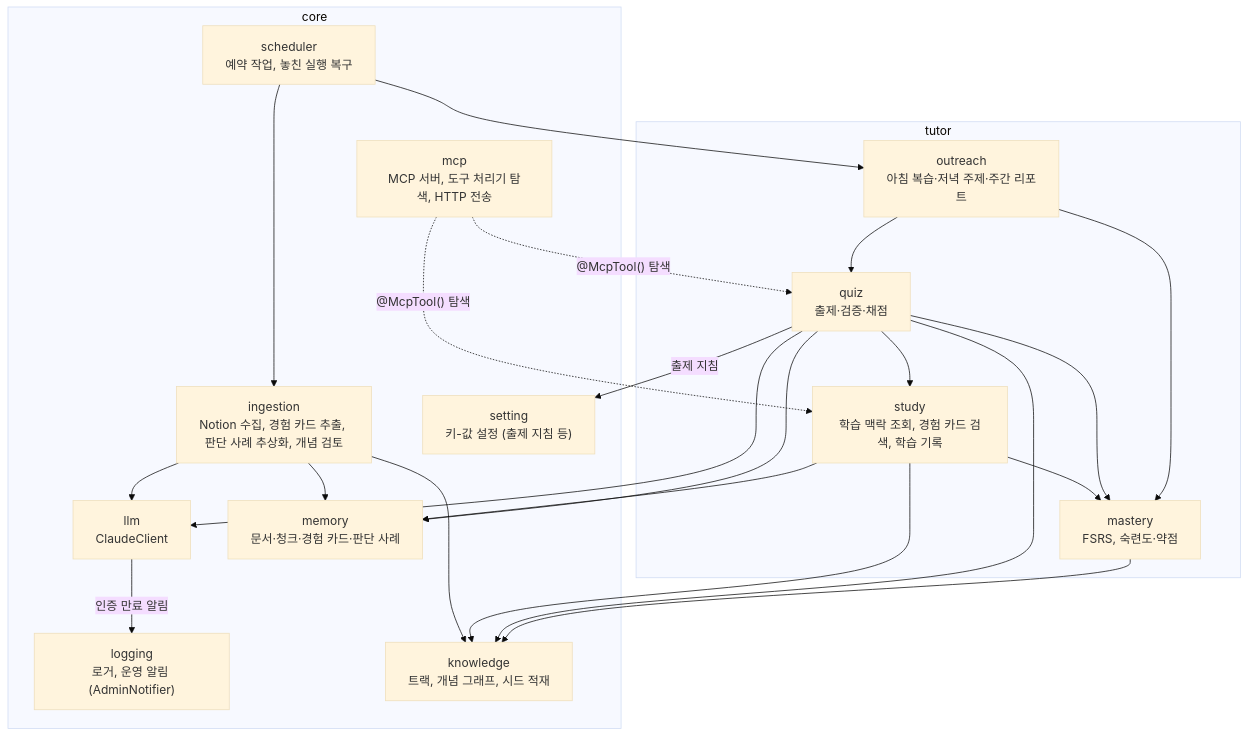
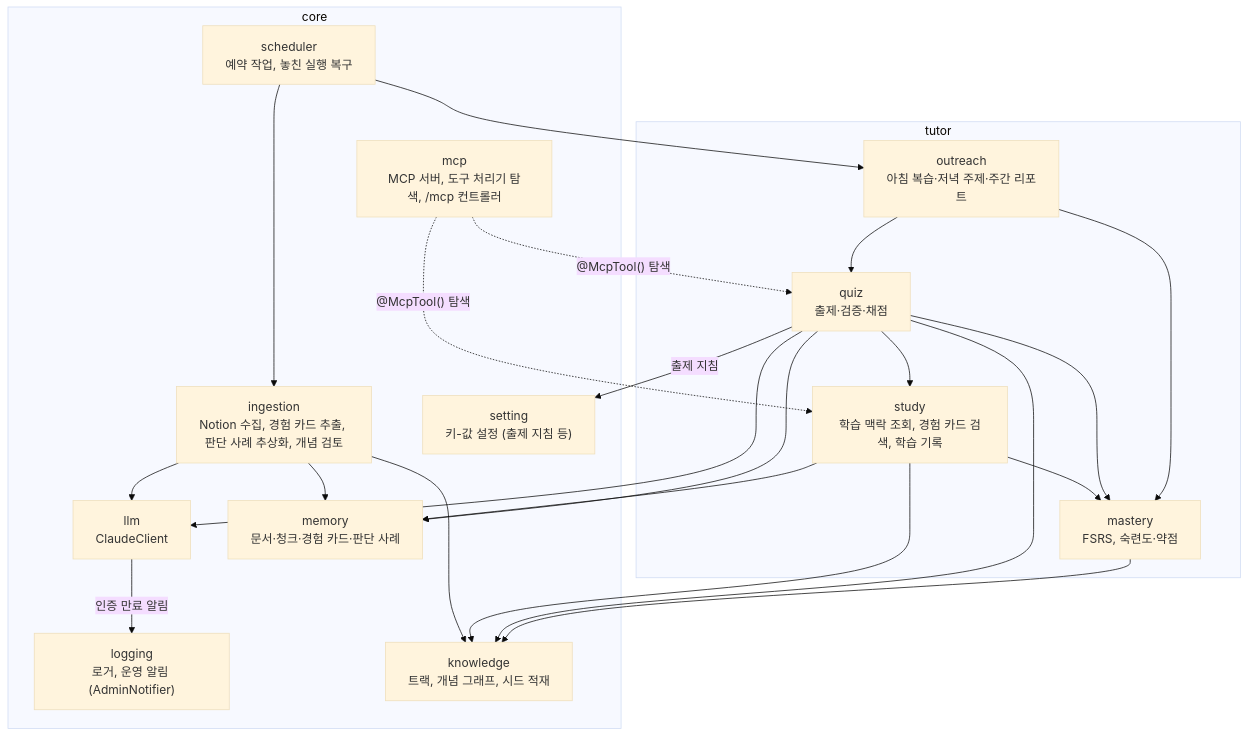
The diagram in docs/architecture/c4-3-component.md (Wonchang0314/growth-assistant), drawn with Mermaid (base theme) before and after one commit. The commit also changed other lines of this file and 19 other files, not shown here.

Commit message:
feat: MCP HTTP 진입점을 Nest HTTP 앱(Express)으로 옮기고 /healthz 추가

````diff
--- a/docs/architecture/c4-3-component.md
+++ b/docs/architecture/c4-3-component.md
@@ -5,45 +5,45 @@
 ```mermaid
 flowchart TB
     subgraph core
-        mcp["mcp<br/>MCP 서버, 도구 처리기 탐색, HTTP 전송"]
+        mcp["mcp<br/>MCP 서버, 도구 처리기 탐색, /mcp 컨트롤러"]
         llm["llm<br/>ClaudeClient"]
         logging["logging<br/>로거, 운영 알림 (AdminNotifier)"]
         memory["memory<br/>문서·청크·경험 카드·판단 사례"]
         knowledge["knowledge<br/>트랙, 개념 그래프, 시드 적재"]
         ingestion["ingestion<br/>Notion 수집, 경험 카드 추출, 판단 사례 추상화, 개념 검토"]
         scheduler["scheduler<br/>예약 작업, 놓친 실행 복구"]
         setting["setting<br/>키-값 설정 (출제 지침 등)"]
     end
 
     subgraph tutor
         study["study<br/>학습 맥락 조회, 경험 카드 검색, 학습 기록"]
         quiz["quiz<br/>출제·검증·채점"]
         mastery["mastery<br/>FSRS, 숙련도·약점"]
         outreach["outreach<br/>아침 복습·저녁 주제·주간 리포트"]
     end
 
     mcp -.->|"@McpTool() 탐색"| study
     mcp -.->|"@McpTool() 탐색"| quiz
     scheduler --> outreach
     scheduler --> ingestion
     llm -->|"인증 만료 알림"| logging
     quiz -->|"출제 지침"| setting
 
     ingestion --> llm
     ingestion --> memory
     ingestion --> knowledge
 
     study --> memory
     study --> knowledge
     study --> mastery
 
     quiz --> llm
     quiz --> mastery
     quiz --> memory
     quiz --> knowledge
     quiz --> study
 
     mastery --> knowledge
     outreach --> quiz
     outreach --> mastery
 ```
````
